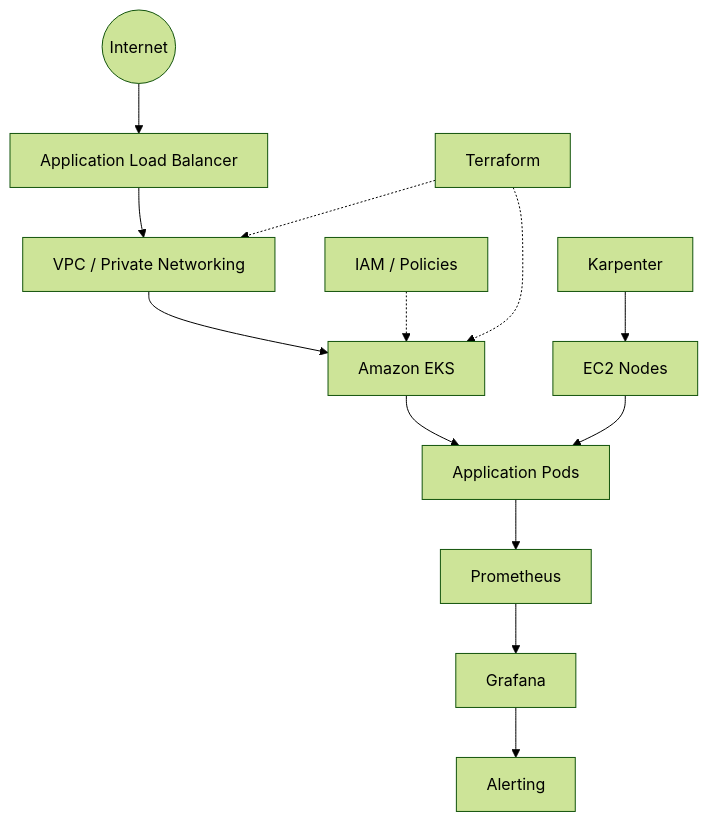
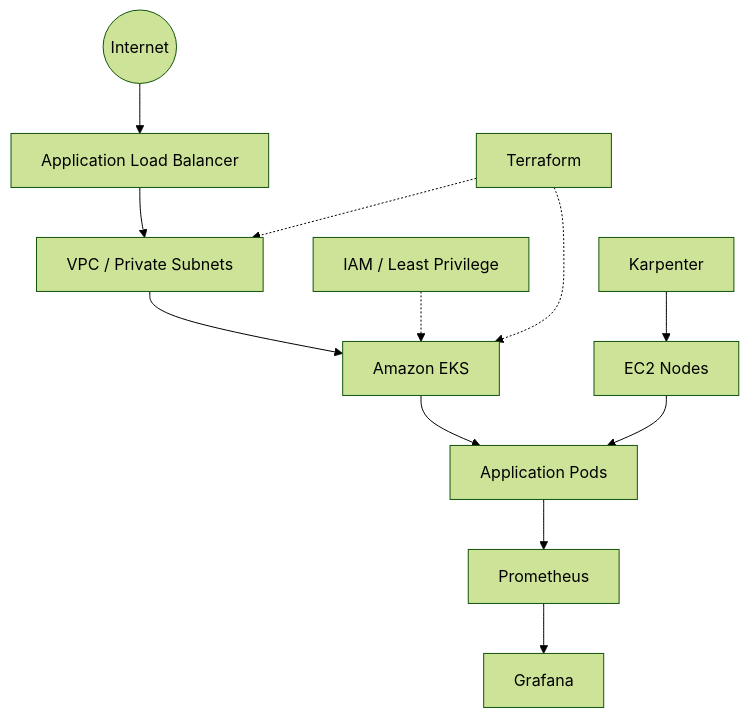
Before and after one commit to ramdrazler1/ramdrazler1: the second of 6 diagrams in README.md, drawn with Mermaid (forest theme). The commit also changed other lines of this file, not shown here.

````diff
--- a/README.md
+++ b/README.md
@@ -171,18 +167,17 @@
 ```mermaid
 flowchart TB
-    Internet((Internet)) --> ALB[Application Load Balancer]
-    ALB --> VPC[VPC / Private Networking]
-    VPC --> EKS[Amazon EKS]
+    Internet((Internet)) --> ALB["Application Load Balancer"]
+    ALB --> VPC["VPC / Private Subnets"]
+    VPC --> EKS["Amazon EKS"]
 
-    IAM[IAM / Policies] -.-> EKS
-    TF[Terraform] -.-> VPC
-    TF -.-> EKS
+    IAM["IAM / Least Privilege"] -.-> EKS
+    Terraform["Terraform"] -.-> VPC
+    Terraform -.-> EKS
 
-    EKS --> Pods[Application Pods]
-    Karpenter[Karpenter] --> Nodes[EC2 Nodes]
+    EKS --> Pods["Application Pods"]
+    Karpenter["Karpenter"] --> Nodes["EC2 Nodes"]
     Nodes --> Pods
 
-    Pods --> Prom[Prometheus]
-    Prom --> Grafana[Grafana]
-    Grafana --> Alerts[Alerting]
+    Pods --> Prometheus["Prometheus"]
+    Prometheus --> Grafana["Grafana"]
 ```
````
